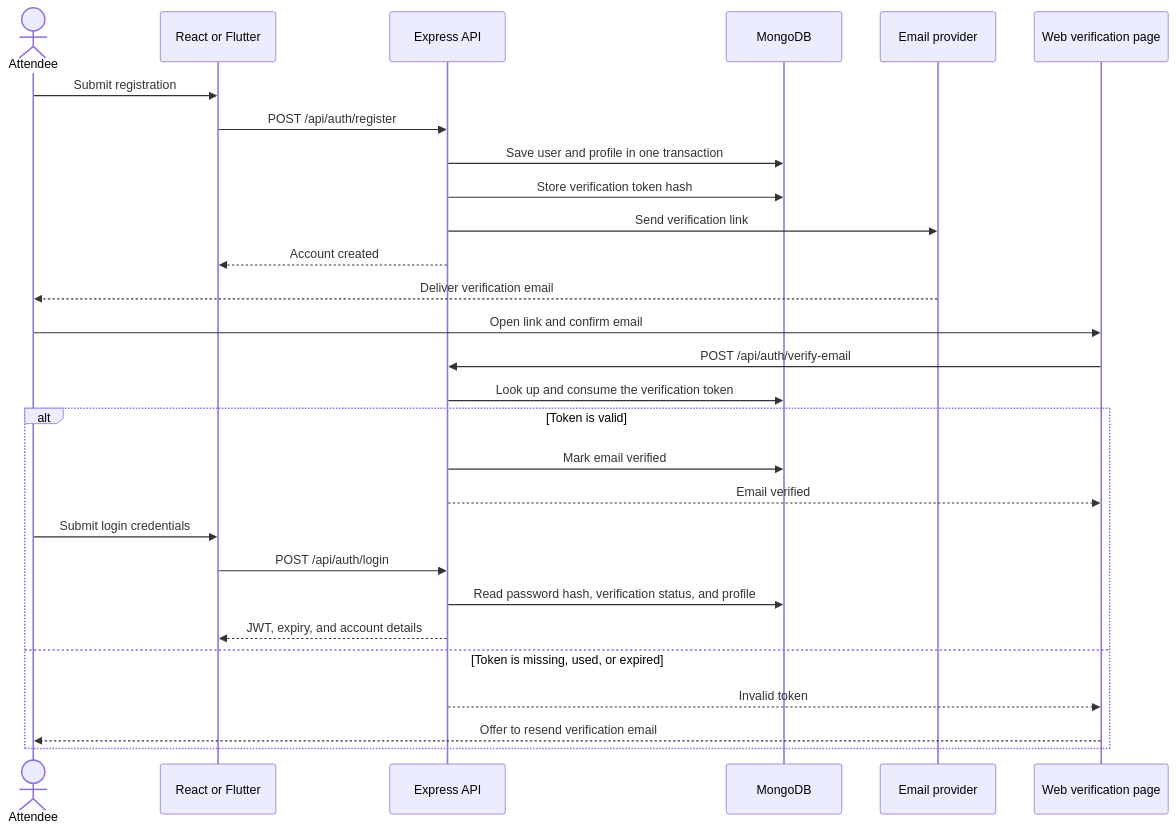
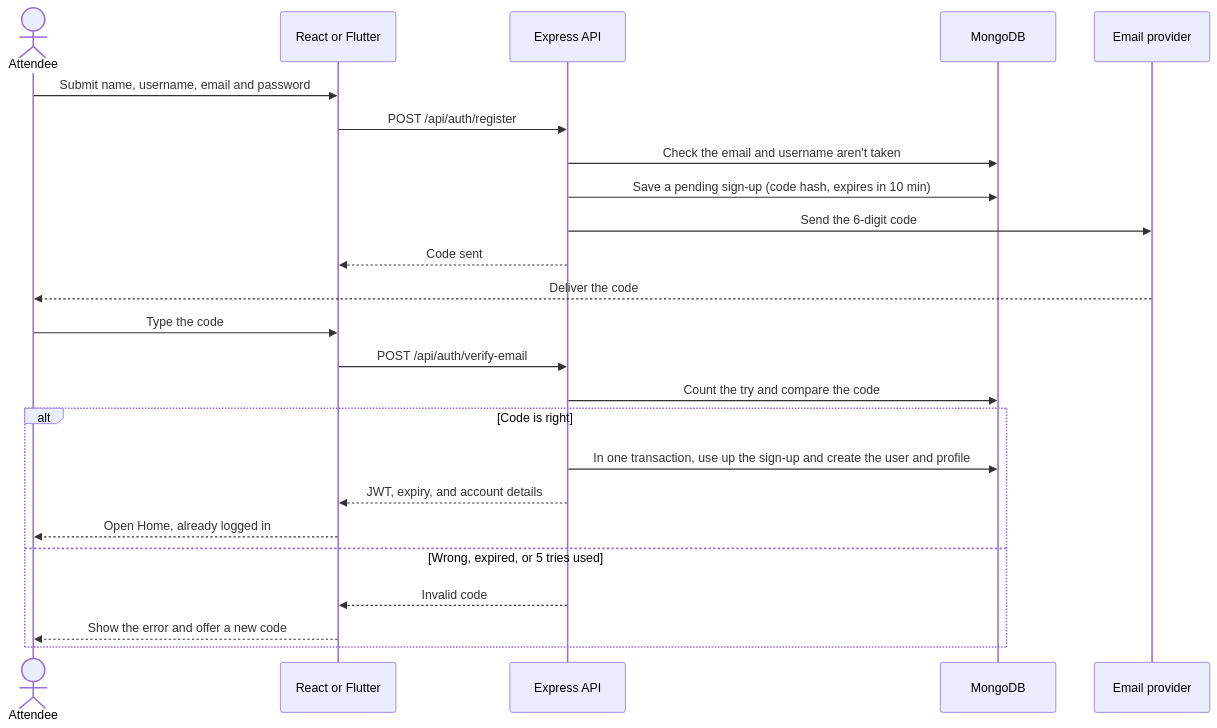
Before and after one commit to Nickocade14/hacky: the first of 3 diagrams in docs/interaction-diagrams.md, drawn with Mermaid. The commit also changed other lines of this file, not shown here.

Commit message:
Show the sign-up code flow in the sequence diagram
Claude-Session: https://claude.ai/code/session_011pDRoKVTYcmgUfD5TiQFZi

````diff
--- a/docs/interaction-diagrams.md
+++ b/docs/interaction-diagrams.md
@@ -7,31 +7,27 @@
 ```mermaid
 sequenceDiagram
     actor Attendee
     participant Client as React or Flutter
     participant API as Express API
     participant DB as MongoDB
     participant Mail as Email provider
-    participant Verify as Web verification page
 
-    Attendee->>Client: Submit registration
+    Attendee->>Client: Submit name, username, email and password
     Client->>API: POST /api/auth/register
-    API->>DB: Save user and profile in one transaction
-    API->>DB: Store verification token hash
-    API->>Mail: Send verification link
-    API-->>Client: Account created
-    Mail-->>Attendee: Deliver verification email
-    Attendee->>Verify: Open link and confirm email
-    Verify->>API: POST /api/auth/verify-email
-    API->>DB: Look up and consume the verification token
-    alt Token is valid
-        API->>DB: Mark email verified
-        API-->>Verify: Email verified
-        Attendee->>Client: Submit login credentials
-        Client->>API: POST /api/auth/login
-        API->>DB: Read password hash, verification status, and profile
+    API->>DB: Check the email and username aren't taken
+    API->>DB: Save a pending sign-up (code hash, expires in 10 min)
+    API->>Mail: Send the 6-digit code
+    API-->>Client: Code sent
+    Mail-->>Attendee: Deliver the code
+    Attendee->>Client: Type the code
+    Client->>API: POST /api/auth/verify-email
+    API->>DB: Count the try and compare the code
+    alt Code is right
+        API->>DB: In one transaction, use up the sign-up and create the user and profile
         API-->>Client: JWT, expiry, and account details
-    else Token is missing, used, or expired
-        API-->>Verify: Invalid token
-        Verify-->>Attendee: Offer to resend verification email
+        Client-->>Attendee: Open Home, already logged in
+    else Wrong, expired, or 5 tries used
+        API-->>Client: Invalid code
+        Client-->>Attendee: Show the error and offer a new code
     end
 ```
````
